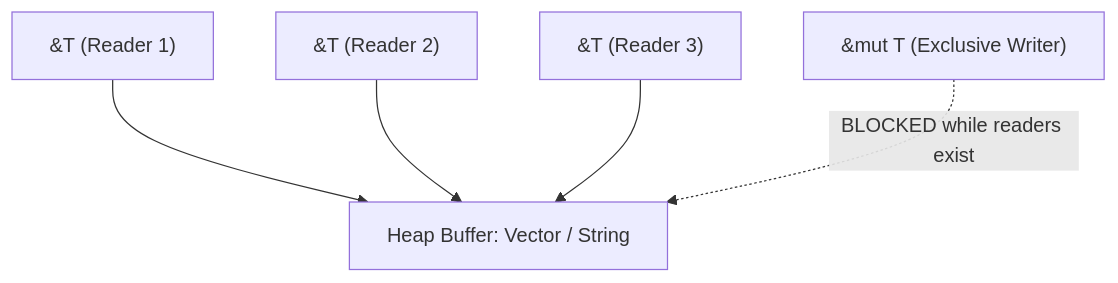
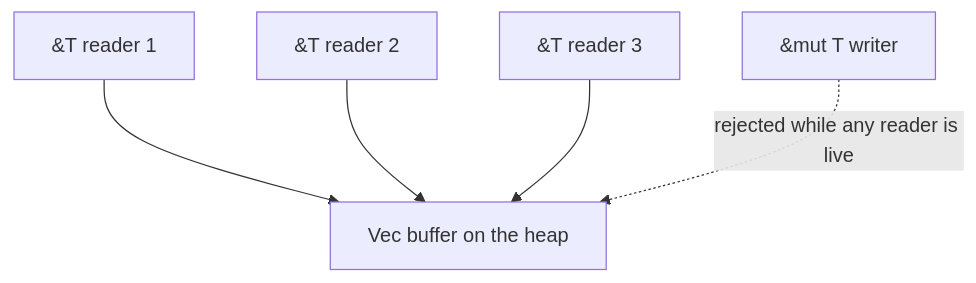
One commit to TheLearningHubOrg/learn-rust changed the tenth of 23 diagrams in README.md. Above: the diagram before and after it, drawn with Mermaid. The commit also changed other lines of this file and 23 other files, not shown here.

````diff
--- a/README.md
+++ b/README.md
@@ -351,9 +1381,8 @@
 ```mermaid
 flowchart TD
-    Data["Heap Buffer: Vector / String"]
-    R1["&T (Reader 1)"] --> Data
-    R2["&T (Reader 2)"] --> Data
-    R3["&T (Reader 3)"] --> Data
-    
-    W1["&mut T (Exclusive Writer)"] -. "BLOCKED while readers exist" .-> Data
+    Data["Vec buffer on the heap"]
+    R1["&T reader 1"] --> Data
+    R2["&T reader 2"] --> Data
+    R3["&T reader 3"] --> Data
+    W1["&mut T writer"] -. "rejected while any reader is live" .-> Data
 ```
````
